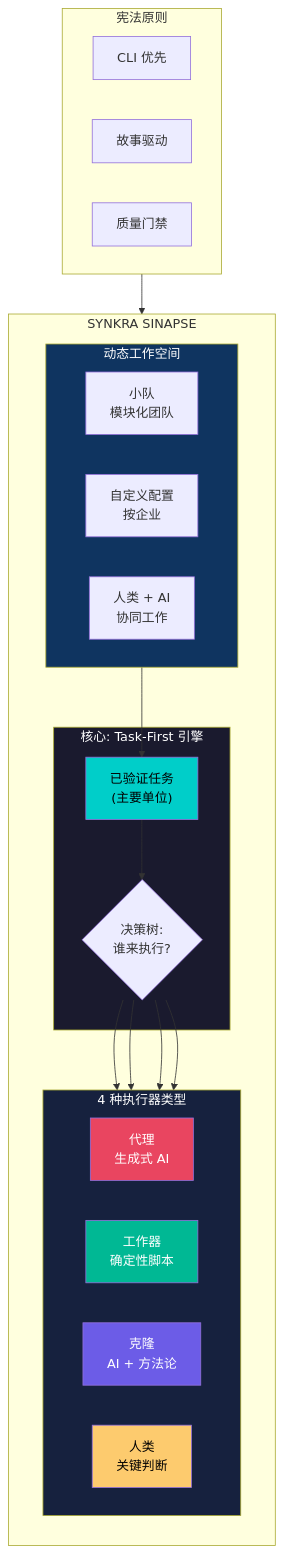
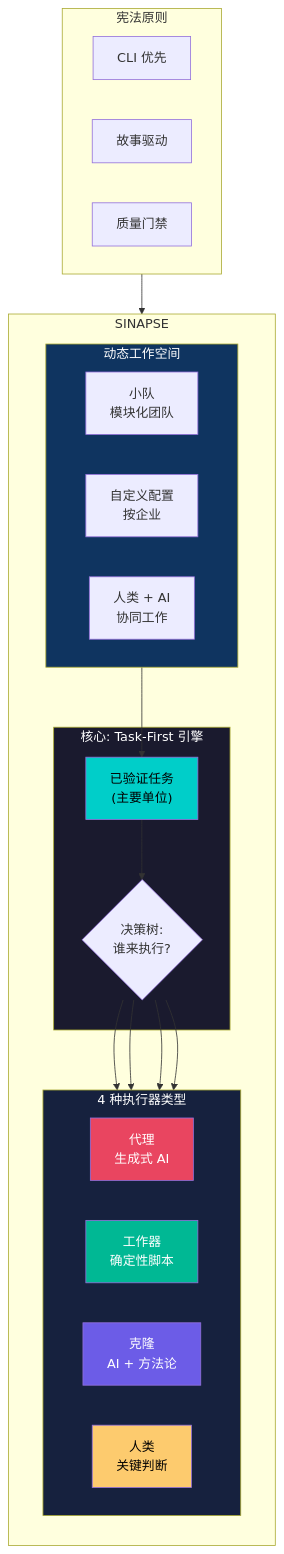
Before and after one commit to caioimori/sinapse-ai: the first of 12 diagrams in docs/zh/architecture/SINAPSE-VISUAL-OVERVIEW.md, drawn with Mermaid. The commit also changed 166 other files, not shown here.

````diff
--- a/docs/zh/architecture/SINAPSE-VISUAL-OVERVIEW.md
+++ b/docs/zh/architecture/SINAPSE-VISUAL-OVERVIEW.md
@@ -33,50 +33,50 @@
 ```mermaid
 flowchart TB
-    subgraph SINAPSE["SYNKRA SINAPSE"]
+    subgraph SINAPSE["SINAPSE"]
         direction TB
 
         subgraph CORE["核心: Task-First 引擎"]
             TASK["已验证任务<br/>(主要单位)"]
             DECISION{"决策树:<br/>谁来执行?"}
         end
 
         subgraph EXECUTORS["4 种执行器类型"]
             direction LR
             AGENT["代理<br/>生成式 AI"]
             WORKER["工作器<br/>确定性脚本"]
             CLONE["克隆<br/>AI + 方法论"]
             HUMAN["人类<br/>关键判断"]
         end
 
         subgraph WORKSPACE["动态工作空间"]
             direction LR
             SQUADS["小队<br/>模块化团队"]
             CONFIG["自定义配置<br/>按企业"]
             COLLAB["人类 + AI<br/>协同工作"]
         end
     end
 
     subgraph PRINCIPLES["宪法原则"]
         CLI["CLI 优先"]
         STORY["故事驱动"]
         QUALITY["质量门禁"]
     end
 
     TASK --> DECISION
     DECISION --> AGENT
     DECISION --> WORKER
     DECISION --> CLONE
     DECISION --> HUMAN
 
     WORKSPACE --> TASK
     PRINCIPLES --> SINAPSE
 
     style CORE fill:#1a1a2e,color:#fff
     style EXECUTORS fill:#16213e,color:#fff
     style WORKSPACE fill:#0f3460,color:#fff
     style AGENT fill:#e94560,color:#fff
     style WORKER fill:#00b894,color:#fff
     style CLONE fill:#6c5ce7,color:#fff
     style HUMAN fill:#fdcb6e,color:#000
     style TASK fill:#00cec9,color:#000
 ```
````
